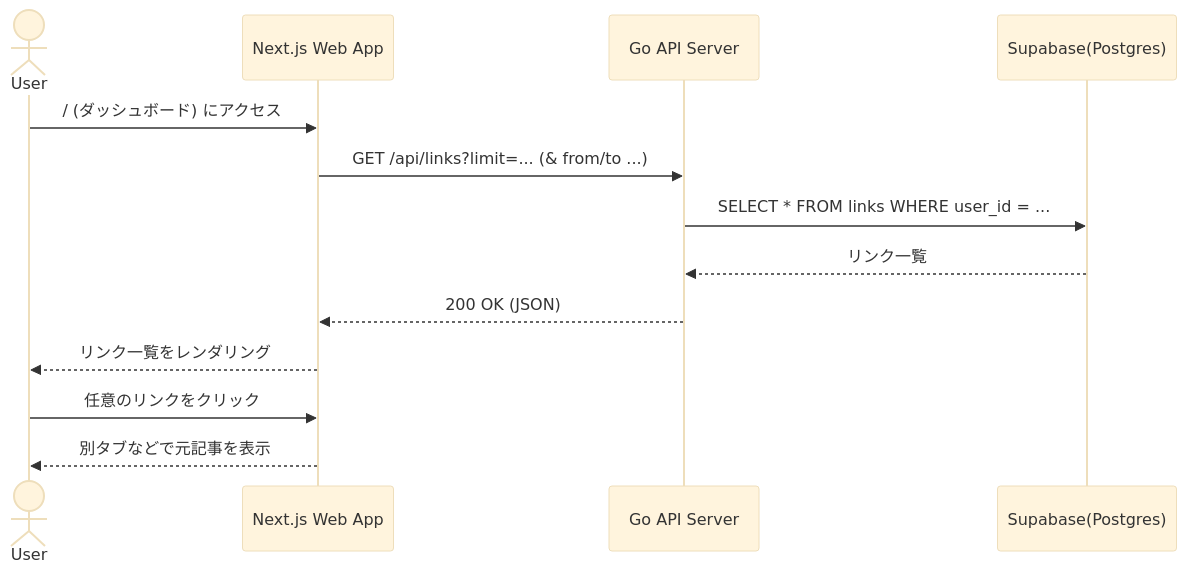
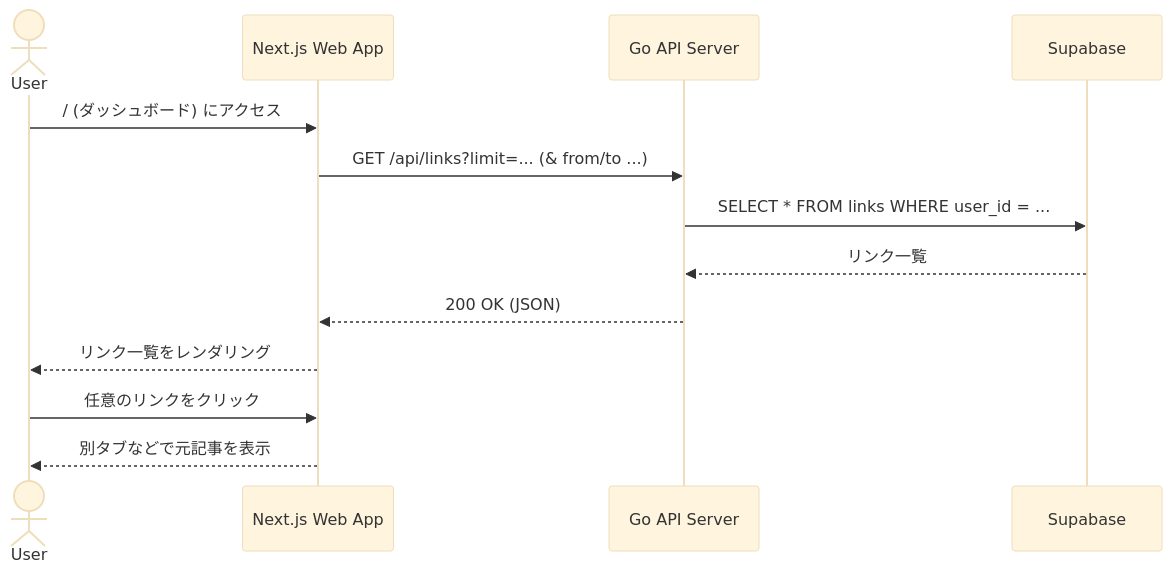
Before and after one commit to lvncer/quicklinks: the sixth of 7 diagrams in documents/architecture.md, drawn with Mermaid (base theme). The commit also changed other lines of this file and 4 other files, not shown here.

First line of the commit message:
docs(README,architecture): ドキュメント構造を整理してテーブル形式に変更し、アーキテクチャ文書を簡素化

````diff
--- a/documents/architecture.md
+++ b/documents/architecture.md
@@ -195,16 +175,16 @@
-   ```mermaid
-   sequenceDiagram
-   actor User as User
-   participant Web as Next.js Web App
-   participant API as Go API Server
-   participant DB as Supabase(Postgres)
+```mermaid
+sequenceDiagram
+actor User
+participant Web as Next.js Web App
+participant API as Go API Server
+participant DB as Supabase
 
-   User->>Web: / (ダッシュボード) にアクセス
-   Web->>API: GET /api/links?limit=... (& from/to ...)
-   API->>DB: SELECT * FROM links WHERE user_id = ...
-   DB-->>API: リンク一覧
-   API-->>Web: 200 OK (JSON)
-   Web-->>User: リンク一覧をレンダリング
-   User->>Web: 任意のリンクをクリック
-   Web-->>User: 別タブなどで元記事を表示
-   ```
+User->>Web: / (ダッシュボード) にアクセス
+Web->>API: GET /api/links?limit=... (& from/to ...)
+API->>DB: SELECT * FROM links WHERE user_id = ...
+DB-->>API: リンク一覧
+API-->>Web: 200 OK (JSON)
+Web-->>User: リンク一覧をレンダリング
+User->>Web: 任意のリンクをクリック
+Web-->>User: 別タブなどで元記事を表示
+```
````
